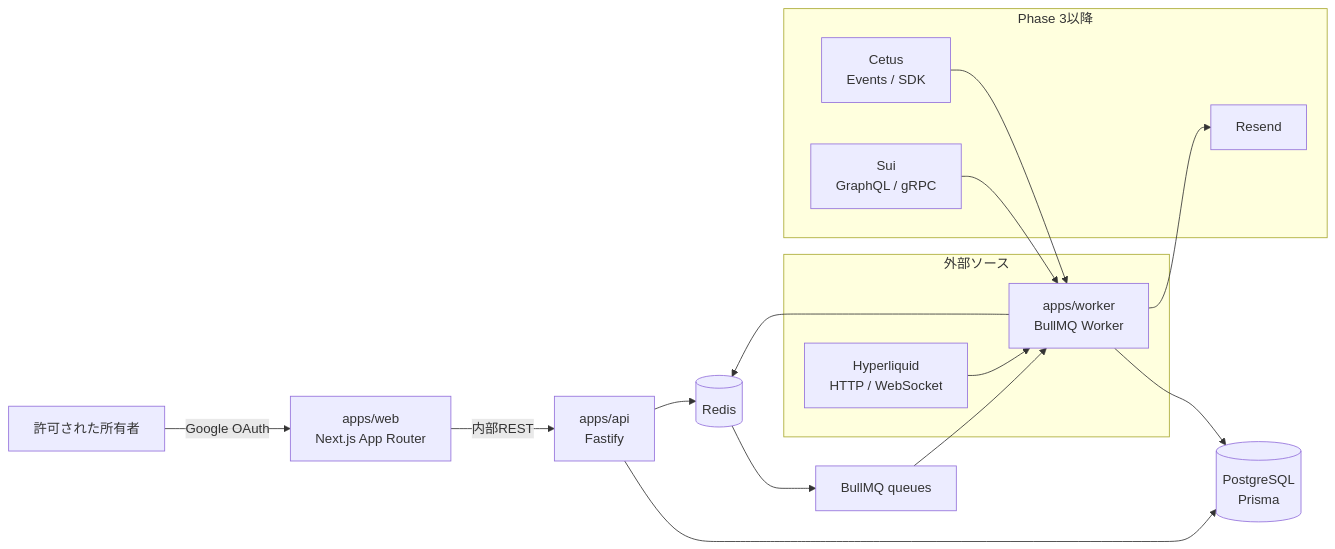
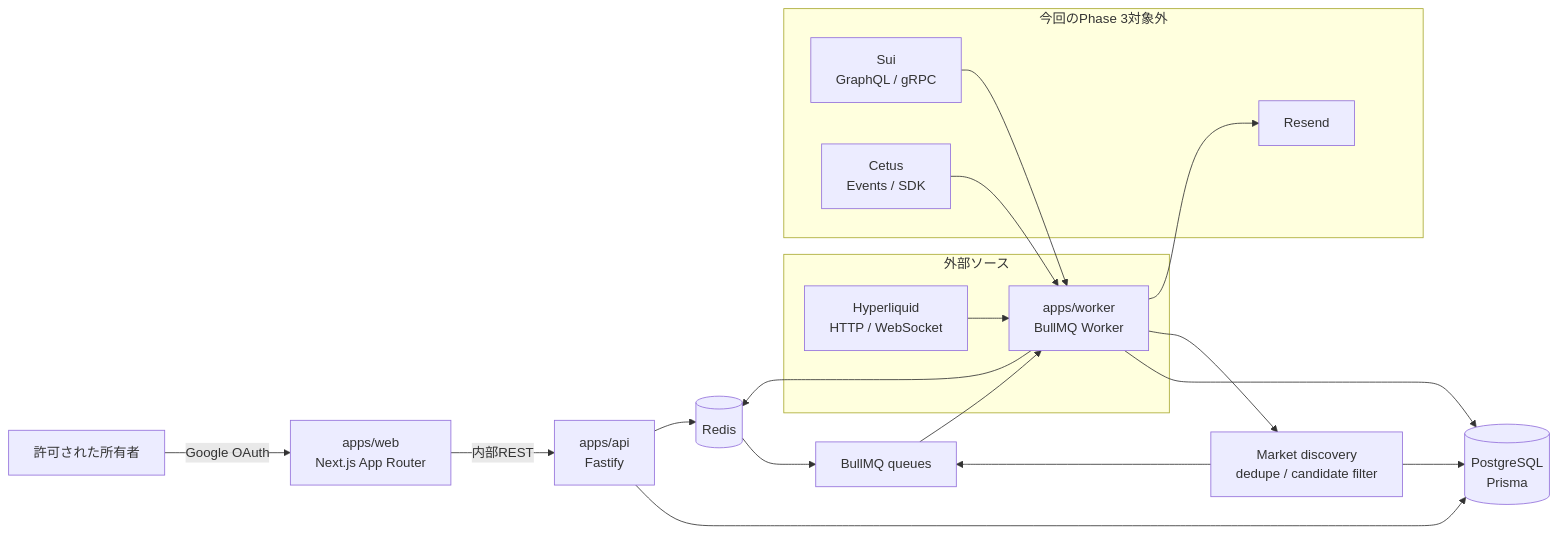
One commit to ken-ahi/chaincopy-observer changed the first of 5 diagrams in docs/architecture.md. Above: the diagram before and after it, drawn with Mermaid. The commit also changed other lines of this file and 68 other files, not shown here.

````diff
--- a/docs/architecture.md
+++ b/docs/architecture.md
@@ -16,25 +16,29 @@
 ```mermaid
 flowchart LR
     User["許可された所有者"] -->|Google OAuth| Web["apps/web<br/>Next.js App Router"]
     Web -->|内部REST| API["apps/api<br/>Fastify"]
     API --> DB[("PostgreSQL<br/>Prisma")]
     API --> Redis[("Redis")]
     Worker["apps/worker<br/>BullMQ Worker"] --> DB
     Worker --> Redis
     Redis --> Queue["BullMQ queues"]
     Queue --> Worker
 
     subgraph Sources["外部ソース"]
       HL["Hyperliquid<br/>HTTP / WebSocket"]
       HL --> Worker
     end
 
-    subgraph Future["Phase 3以降"]
+    Worker --> Discovery["Market discovery<br/>dedupe / candidate filter"]
+    Discovery --> DB
+    Discovery --> Queue
+
+    subgraph Future["今回のPhase 3対象外"]
       Sui["Sui<br/>GraphQL / gRPC"]
       Cetus["Cetus<br/>Events / SDK"]
       Notify["Resend"]
       Sui --> Worker
       Cetus --> Worker
       Worker --> Notify
     end
 ```
````
